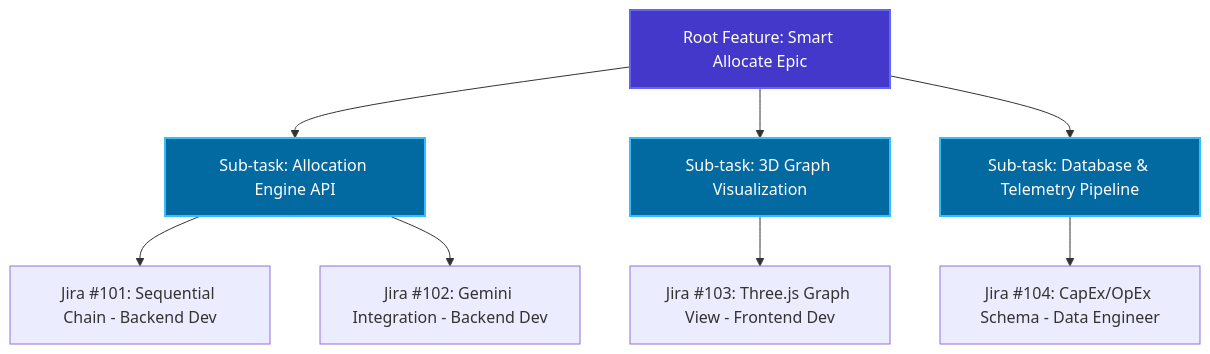
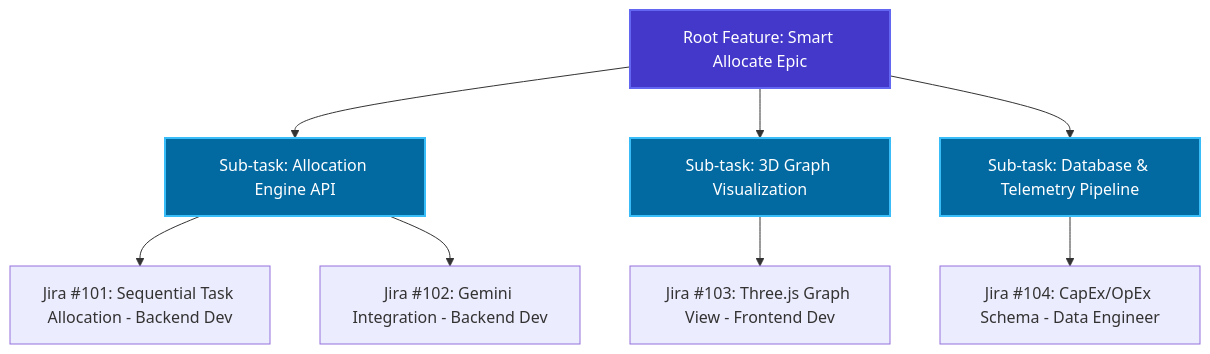
Before and after one commit to shwet46/Kaizen: the diagram in README.md, drawn with Mermaid. The commit also changed other lines of this file, not shown here.

````diff
--- a/README.md
+++ b/README.md
@@ -243,15 +243,15 @@
 ```mermaid
 graph TD
     A[Root Feature: Smart Allocate Epic] --> B[Sub-task: Allocation Engine API]
     A --> C[Sub-task: 3D Graph Visualization]
     A --> D[Sub-task: Database & Telemetry Pipeline]
-    B --> E[Jira #101: Sequential Chain - Backend Dev]
+    B --> E[Jira #101: Sequential Task Allocation - Backend Dev]
     B --> F[Jira #102: Gemini Integration - Backend Dev]
     C --> G[Jira #103: Three.js Graph View - Frontend Dev]
     D --> H[Jira #104: CapEx/OpEx Schema - Data Engineer]
     
     style A fill:#4338ca,stroke:#6366f1,stroke-width:2px,color:#fff
     style B fill:#0369a1,stroke:#38bdf8,stroke-width:2px,color:#fff
     style C fill:#0369a1,stroke:#38bdf8,stroke-width:2px,color:#fff
     style D fill:#0369a1,stroke:#38bdf8,stroke-width:2px,color:#fff
 ```
````
